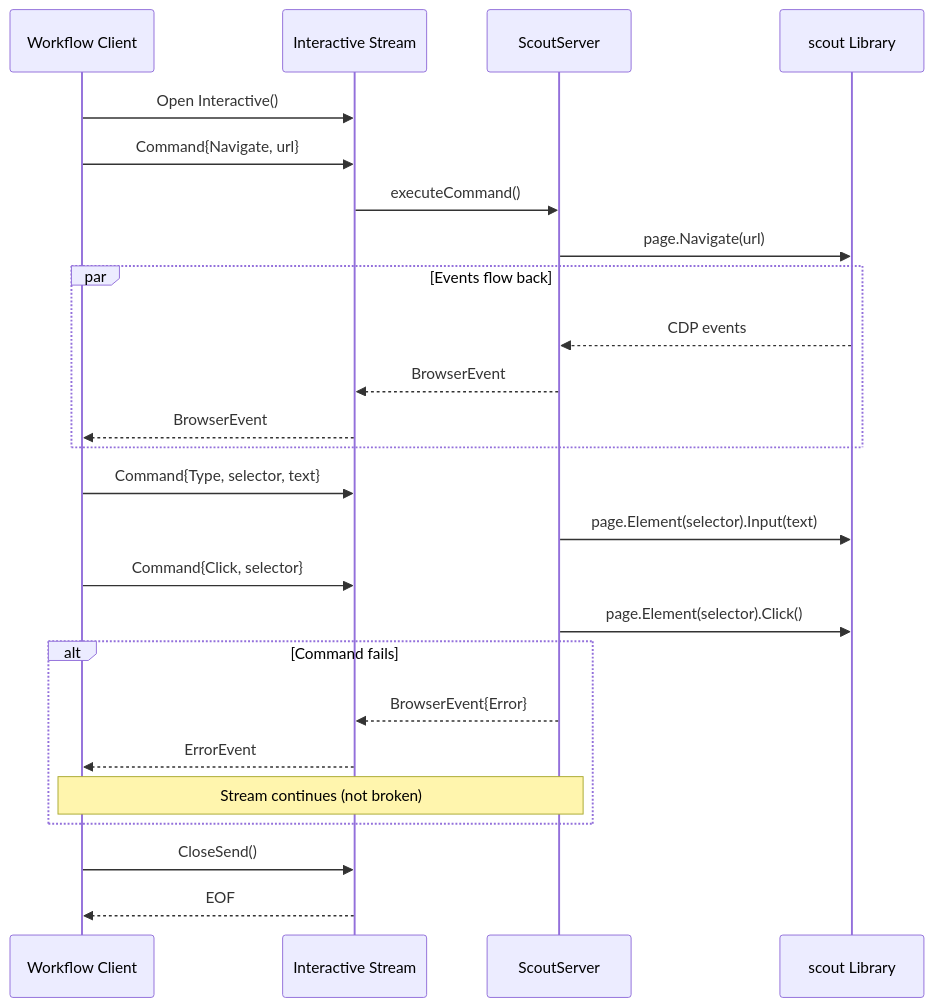
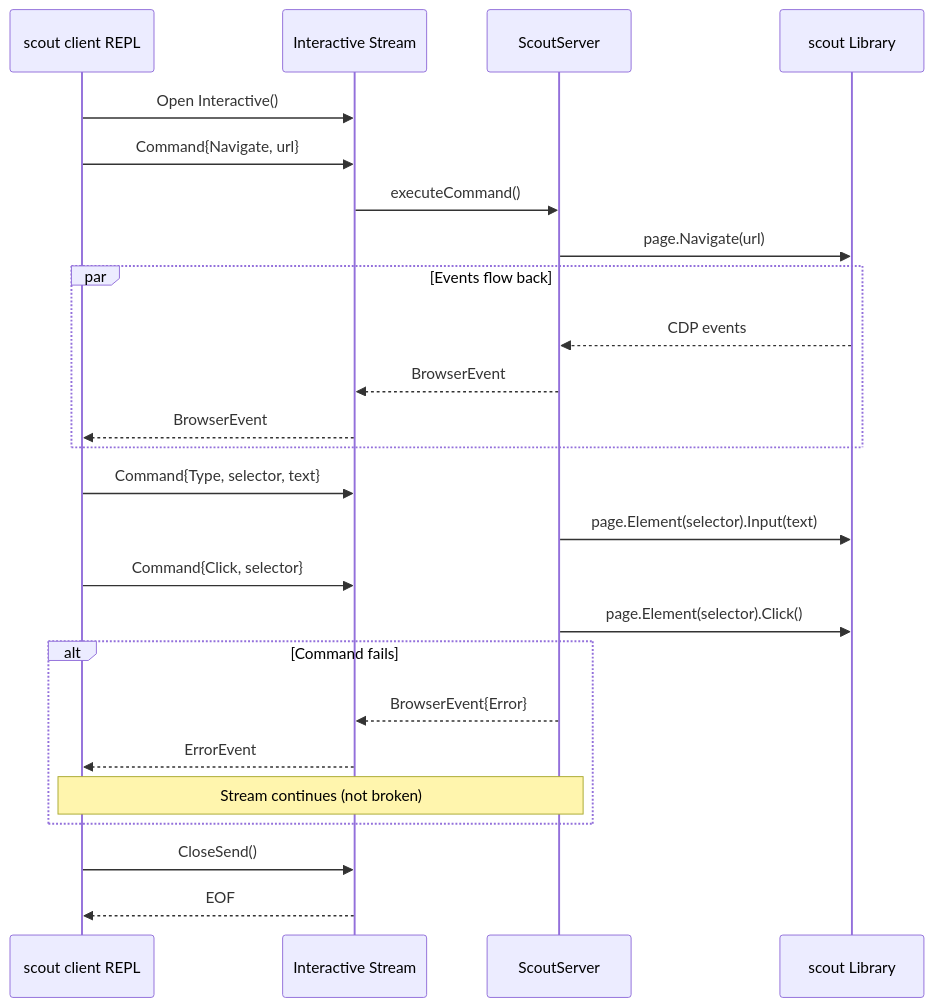
One commit to inovacc/scout changed the fifth of 6 diagrams in docs/ARCHITECTURE.md. Above: the diagram before and after it, drawn with Mermaid. The commit also changed other lines of this file and 98 other files, not shown here.

````diff
--- a/docs/ARCHITECTURE.md
+++ b/docs/ARCHITECTURE.md
@@ -199,33 +200,33 @@
 ```mermaid
 sequenceDiagram
-    participant Client as Workflow Client
+    participant Client as scout client REPL
     participant Stream as Interactive Stream
     participant Server as ScoutServer
     participant Scout as scout Library
 
     Client->>Stream: Open Interactive()
     Client->>Stream: Command{Navigate, url}
     Stream->>Server: executeCommand()
     Server->>Scout: page.Navigate(url)
 
     par Events flow back
         Scout-->>Server: CDP events
         Server-->>Stream: BrowserEvent
         Stream-->>Client: BrowserEvent
     end
 
     Client->>Stream: Command{Type, selector, text}
     Server->>Scout: page.Element(selector).Input(text)
 
     Client->>Stream: Command{Click, selector}
     Server->>Scout: page.Element(selector).Click()
 
     alt Command fails
         Server-->>Stream: BrowserEvent{Error}
         Stream-->>Client: ErrorEvent
         Note over Client,Server: Stream continues (not broken)
     end
 
     Client->>Stream: CloseSend()
     Stream-->>Client: EOF
 ```
````
